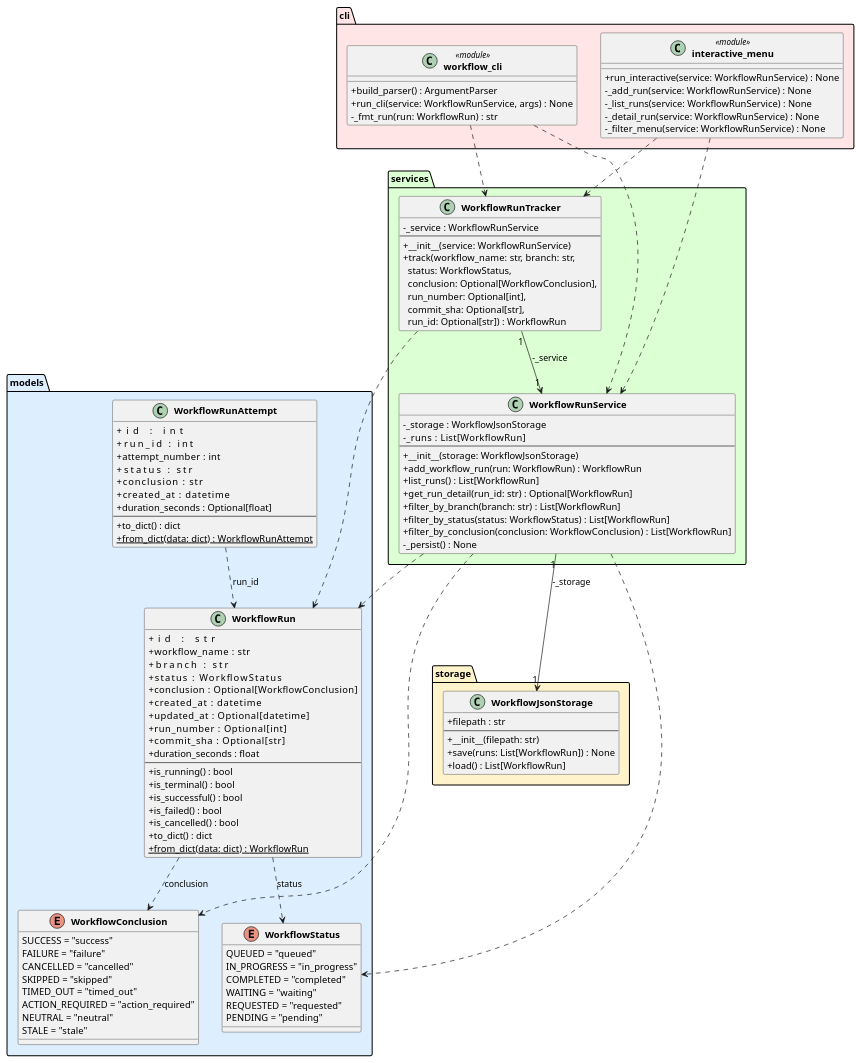
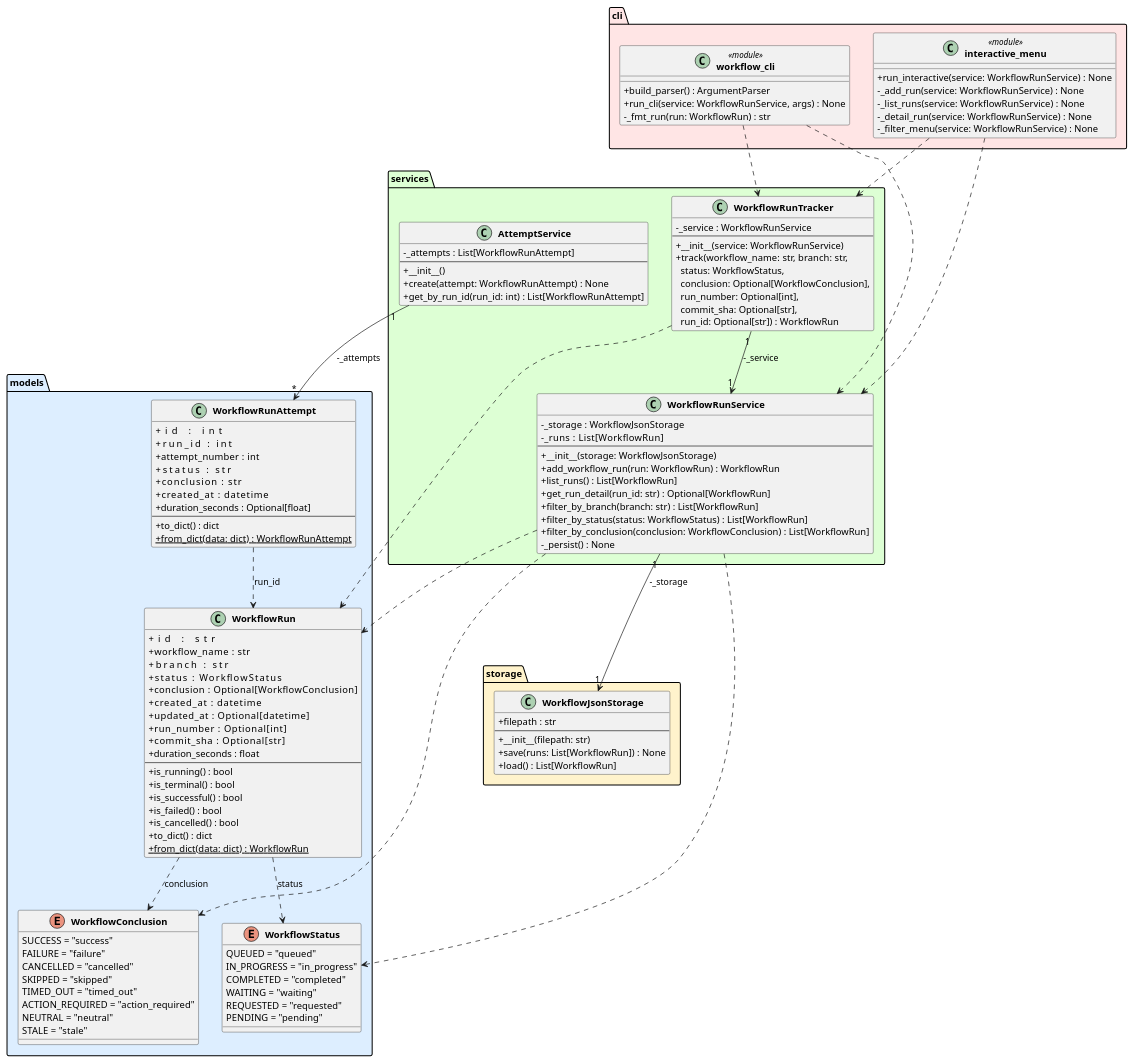
The diagram in experiments/broadcast/test_driven/github-workflow-manager/artifacts/class_diagram.puml (DanielRiha8906/Software_autoevolution_using_agents), drawn with PlantUML before and after one commit. The commit also changed 5 other files, not shown here.

First line of the commit message:
Task 04: Implement AttemptService

```diff
--- a/experiments/broadcast/test_driven/github-workflow-manager/artifacts/class_diagram.puml
+++ b/experiments/broadcast/test_driven/github-workflow-manager/artifacts/class_diagram.puml
@@ -1,125 +1,134 @@
 @startuml class_diagram
 
 skinparam classAttributeIconSize 0
 skinparam classFontStyle bold
 
 package "models" #DDEEFF {
     enum WorkflowStatus {
         QUEUED = "queued"
         IN_PROGRESS = "in_progress"
         COMPLETED = "completed"
         WAITING = "waiting"
         REQUESTED = "requested"
         PENDING = "pending"
     }
 
     enum WorkflowConclusion {
         SUCCESS = "success"
         FAILURE = "failure"
         CANCELLED = "cancelled"
         SKIPPED = "skipped"
         TIMED_OUT = "timed_out"
         ACTION_REQUIRED = "action_required"
         NEUTRAL = "neutral"
         STALE = "stale"
     }
 
     class WorkflowRun {
         +id               : str
         +workflow_name    : str
         +branch           : str
         +status           : WorkflowStatus
         +conclusion       : Optional[WorkflowConclusion]
         +created_at       : datetime
         +updated_at       : Optional[datetime]
         +run_number       : Optional[int]
         +commit_sha       : Optional[str]
         +duration_seconds : float
         --
         +is_running() : bool
         +is_terminal() : bool
         +is_successful() : bool
         +is_failed() : bool
         +is_cancelled() : bool
         +to_dict() : dict
         +{static} from_dict(data: dict) : WorkflowRun
     }
 
     class WorkflowRunAttempt {
         +id               : int
         +run_id           : int
         +attempt_number   : int
         +status           : str
         +conclusion       : str
         +created_at       : datetime
         +duration_seconds : Optional[float]
         --
         +to_dict() : dict
         +{static} from_dict(data: dict) : WorkflowRunAttempt
     }
 }
 
 package "storage" #FFF3CC {
     class WorkflowJsonStorage {
         +filepath : str
         --
         +__init__(filepath: str)
         +save(runs: List[WorkflowRun]) : None
         +load() : List[WorkflowRun]
     }
 }
 
 package "services" #DDFFD4 {
     class WorkflowRunService {
         -_storage : WorkflowJsonStorage
         -_runs    : List[WorkflowRun]
         --
         +__init__(storage: WorkflowJsonStorage)
         +add_workflow_run(run: WorkflowRun) : WorkflowRun
         +list_runs() : List[WorkflowRun]
         +get_run_detail(run_id: str) : Optional[WorkflowRun]
         +filter_by_branch(branch: str) : List[WorkflowRun]
         +filter_by_status(status: WorkflowStatus) : List[WorkflowRun]
         +filter_by_conclusion(conclusion: WorkflowConclusion) : List[WorkflowRun]
         -_persist() : None
     }
 
     class WorkflowRunTracker {
         -_service : WorkflowRunService
         --
         +__init__(service: WorkflowRunService)
         +track(workflow_name: str, branch: str,\n  status: WorkflowStatus,\n  conclusion: Optional[WorkflowConclusion],\n  run_number: Optional[int],\n  commit_sha: Optional[str],\n  run_id: Optional[str]) : WorkflowRun
     }
+
+    class AttemptService {
+        -_attempts : List[WorkflowRunAttempt]
+        --
+        +__init__()
+        +create(attempt: WorkflowRunAttempt) : None
+        +get_by_run_id(run_id: int) : List[WorkflowRunAttempt]
+    }
 }
 
 package "cli" #FFE5E5 {
     class "workflow_cli" <<module>> {
         +build_parser() : ArgumentParser
         +run_cli(service: WorkflowRunService, args) : None
         -_fmt_run(run: WorkflowRun) : str
     }
 
     class "interactive_menu" <<module>> {
         +run_interactive(service: WorkflowRunService) : None
         -_add_run(service: WorkflowRunService) : None
         -_list_runs(service: WorkflowRunService) : None
         -_detail_run(service: WorkflowRunService) : None
         -_filter_menu(service: WorkflowRunService) : None
     }
 }
 
 WorkflowRun                ..>  WorkflowStatus        : status
 WorkflowRun                ..>  WorkflowConclusion    : conclusion
 WorkflowRunAttempt         ..>  WorkflowRun           : run_id
 WorkflowRunService    "1" --> "1" WorkflowJsonStorage : -_storage
 WorkflowRunService         ..>  WorkflowRun
 WorkflowRunService         ..>  WorkflowStatus
 WorkflowRunService         ..>  WorkflowConclusion
 WorkflowRunTracker    "1" --> "1" WorkflowRunService  : -_service
 WorkflowRunTracker         ..>  WorkflowRun
+AttemptService       "1" --> "*" WorkflowRunAttempt   : -_attempts
 "workflow_cli"             ..>  WorkflowRunService
 "workflow_cli"             ..>  WorkflowRunTracker
 "interactive_menu"         ..>  WorkflowRunService
 "interactive_menu"         ..>  WorkflowRunTracker
 
 @enduml
```
